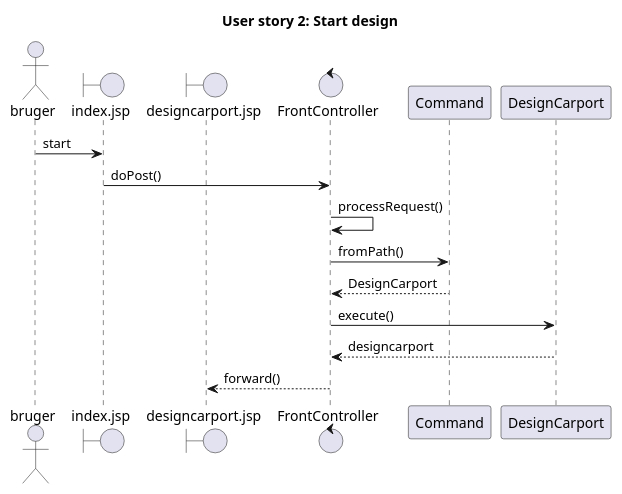
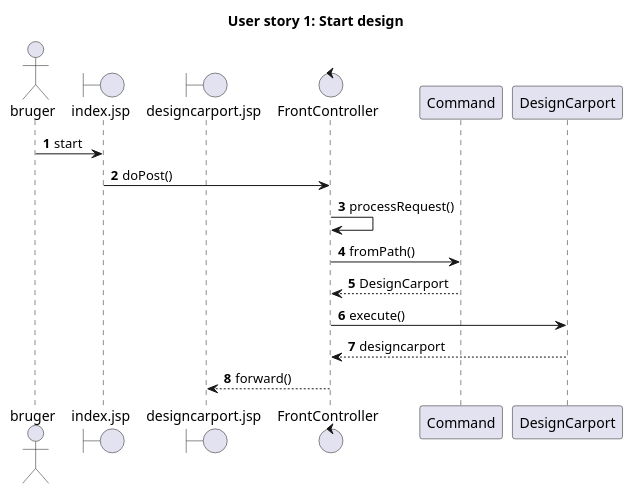
One commit to LaDane/FogCarport changed the diagram in plantuml/fog_sekvens_design_carport.puml. Above: the diagram before and after it, drawn with PlantUML. The commit also changed 1 other file, not shown here.

Commit message:
change headline in sekvensdiagram

```diff
--- a/plantuml/fog_sekvens_design_carport.puml
+++ b/plantuml/fog_sekvens_design_carport.puml
@@ -1,17 +1,19 @@
 @startuml
-title User story 2: Start design
+title User story 1: Start design
 actor bruger
 
 boundary index.jsp
 boundary designcarport.jsp
 control FrontController
+
+autonumber
 
 bruger -> index.jsp: start
 index.jsp -> FrontController: doPost()
 FrontController -> FrontController: processRequest()
 FrontController -> Command: fromPath()
 Command --> FrontController: DesignCarport
 FrontController -> DesignCarport: execute()
 DesignCarport --> FrontController: designcarport
 FrontController --> designcarport.jsp: forward()
 @enduml
```
